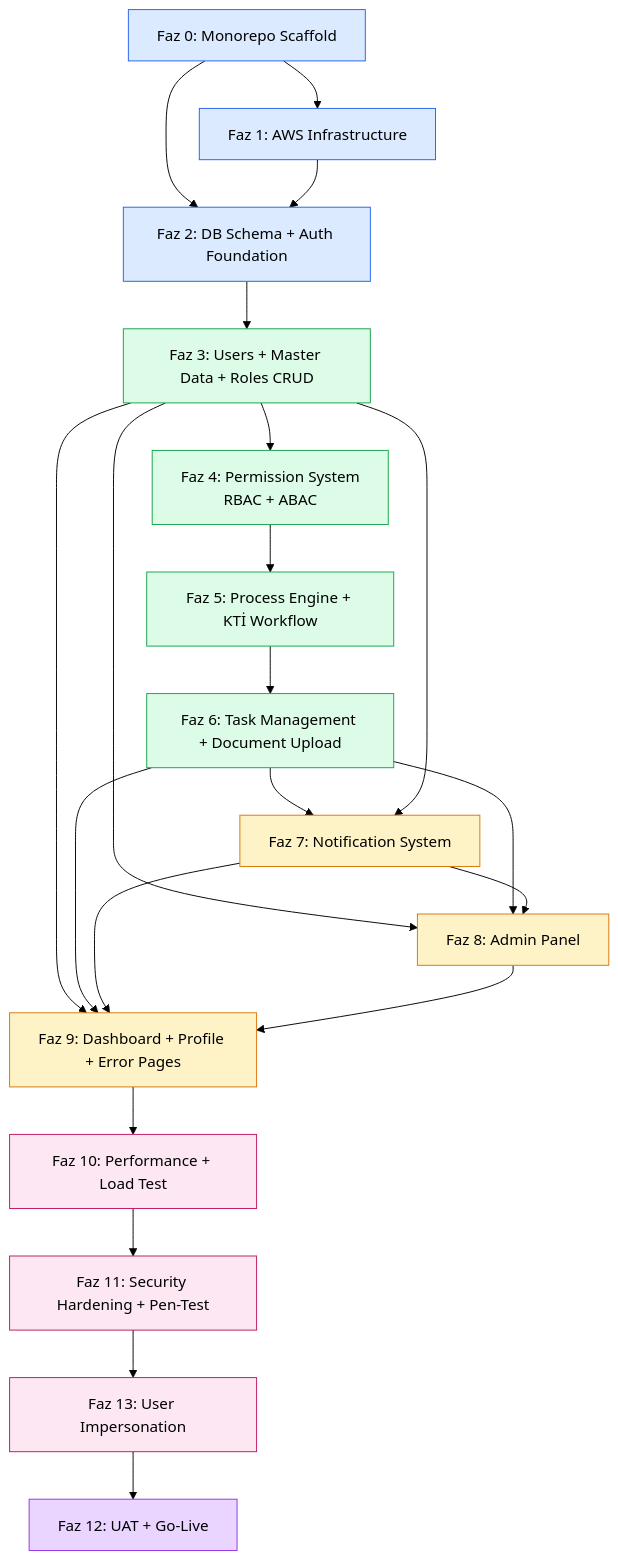
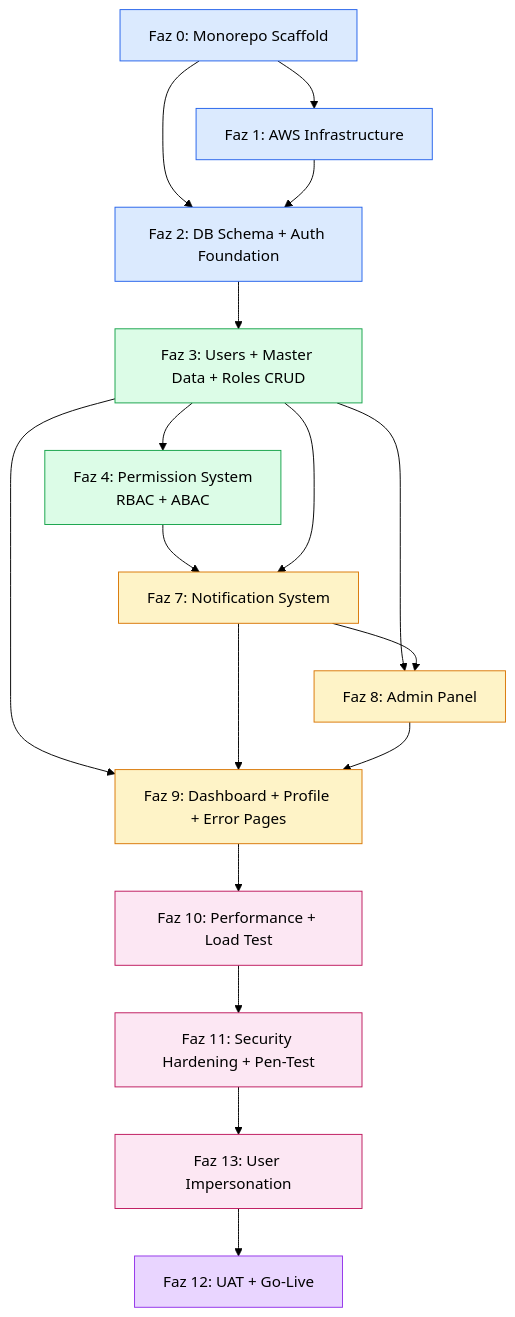
One commit to semihdilekci/Asana changed the diagram in docs/10_IMPLEMENTATION_ROADMAP.md. Above: the diagram before and after it, drawn with Mermaid (forest theme). The commit also changed other lines of this file and 13 other files, not shown here.

````diff
--- a/docs/10_IMPLEMENTATION_ROADMAP.md
+++ b/docs/10_IMPLEMENTATION_ROADMAP.md
@@ -95,50 +95,44 @@
 ```mermaid
 flowchart TD
     F0[Faz 0: Monorepo Scaffold]
     F1[Faz 1: AWS Infrastructure]
     F2[Faz 2: DB Schema + Auth Foundation]
     F3[Faz 3: Users + Master Data + Roles CRUD]
     F4[Faz 4: Permission System<br/>RBAC + ABAC]
-    F5[Faz 5: Process Engine + KTİ Workflow]
-    F6[Faz 6: Task Management + Document Upload]
     F7[Faz 7: Notification System]
     F8[Faz 8: Admin Panel]
     F9[Faz 9: Dashboard + Profile + Error Pages]
     F10[Faz 10: Performance + Load Test]
     F11[Faz 11: Security Hardening + Pen-Test]
     F13[Faz 13: User Impersonation]
     F12[Faz 12: UAT + Go-Live]
 
     F0 --> F1
     F0 --> F2
     F1 --> F2
     F2 --> F3
     F3 --> F4
-    F4 --> F5
-    F5 --> F6
-    F6 --> F7
+    F4 --> F7
     F3 --> F7
     F3 --> F8
-    F6 --> F8
     F7 --> F8
     F3 --> F9
-    F6 --> F9
     F7 --> F9
     F8 --> F9
     F9 --> F10
     F10 --> F11
     F11 --> F13
     F13 --> F12
 
     classDef foundation fill:#dbeafe,stroke:#2563eb
     classDef core fill:#dcfce7,stroke:#16a34a
     classDef feature fill:#fef3c7,stroke:#d97706
     classDef polish fill:#fce7f3,stroke:#be185d
     classDef release fill:#e9d5ff,stroke:#9333ea
 
     class F0,F1,F2 foundation
-    class F3,F4,F5,F6 core
+    class F3,F4 core
     class F7,F8,F9 feature
     class F10,F11,F13 polish
     class F12 release
 ```
````
